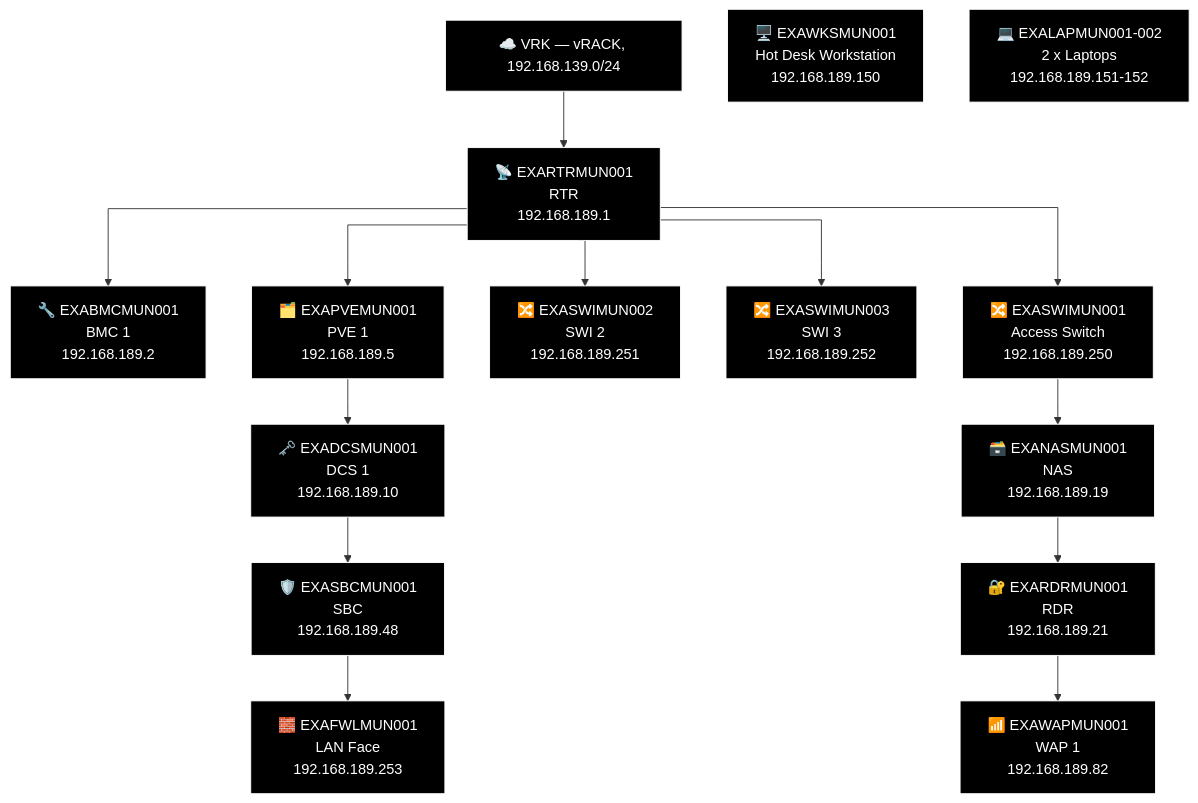
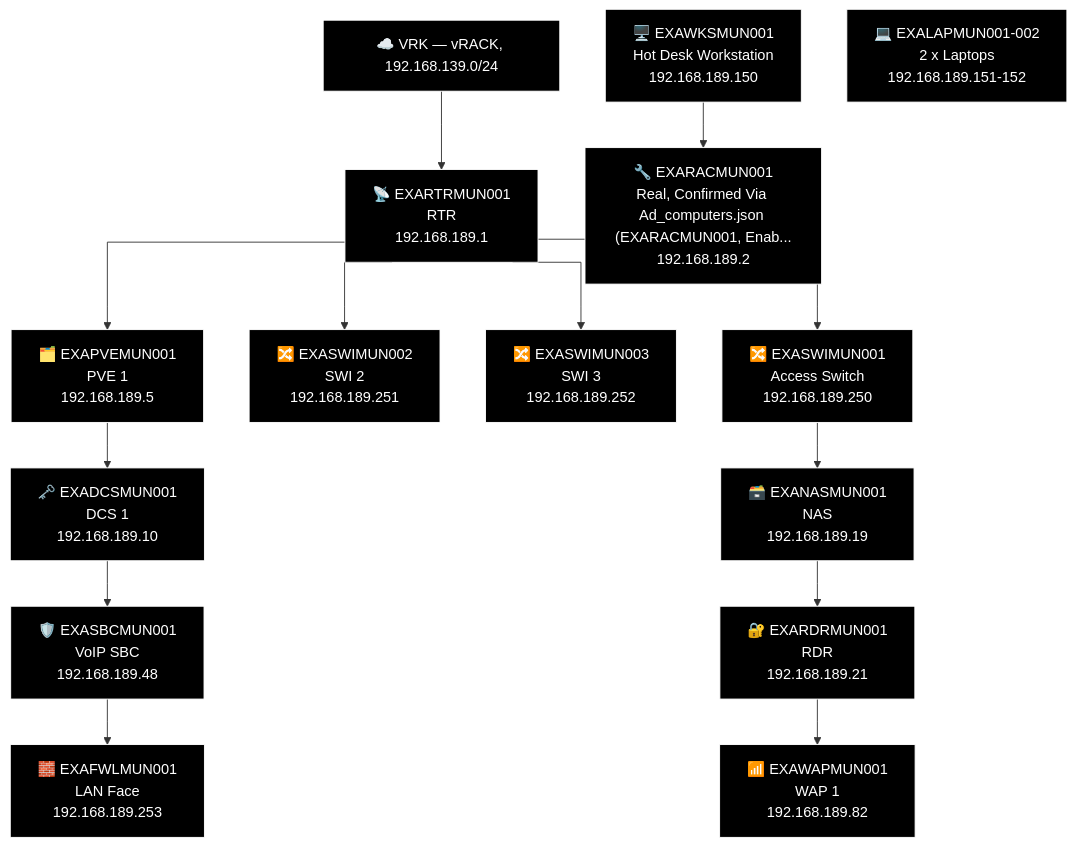
The ninth of 13 diagrams in docs/network-diagram/deutschland.md (knightmare2600/example_music_infra), drawn with Mermaid before and after one commit. The commit also changed other lines of this file and 36 other files, not shown here.

First line of the commit message:
devices.csv: add real WAP/SBC/RAC/NAS/ILO/FWL rows for the missing-row backlog

````diff
--- a/docs/network-diagram/deutschland.md
+++ b/docs/network-diagram/deutschland.md
@@ -352,44 +351,44 @@
 ```mermaid
 %% GENERATED:TOPOLOGY:MUN:START
 %%{init: {'flowchart': {'curve': 'stepAfter'}}}%%
 graph TD
     T_VRK["☁️ VRK — vRACK, 192.168.139.0/24"]
     T_RTR["📡 EXARTRMUN001<br/>RTR<br/>192.168.189.1"]
     T_VRK --> T_RTR
-    T_BMC["🔧 EXABMCMUN001<br/>BMC 1<br/>192.168.189.2"]
-    T_RTR --> T_BMC
     T_PVE["🗂️ EXAPVEMUN001<br/>PVE 1<br/>192.168.189.5"]
     T_RTR --> T_PVE
     T_SWI["🔀 EXASWIMUN002<br/>SWI 2<br/>192.168.189.251"]
     T_RTR --> T_SWI
     T_SWI2["🔀 EXASWIMUN003<br/>SWI 3<br/>192.168.189.252"]
     T_RTR --> T_SWI2
     T_SWI3["🔀 EXASWIMUN001<br/>Access Switch<br/>192.168.189.250"]
     T_RTR --> T_SWI3
     T_NAS["🗃️ EXANASMUN001<br/>NAS<br/>192.168.189.19"]
     T_RDR["🔐 EXARDRMUN001<br/>RDR<br/>192.168.189.21"]
     T_WAP["📶 EXAWAPMUN001<br/>WAP 1<br/>192.168.189.82"]
     T_SWI3 --> T_NAS --> T_RDR --> T_WAP
     T_DCS["🗝️ EXADCSMUN001<br/>DCS 1<br/>192.168.189.10"]
-    T_SBC["🛡️ EXASBCMUN001<br/>SBC<br/>192.168.189.48"]
+    T_SBC["🛡️ EXASBCMUN001<br/>VoIP SBC<br/>192.168.189.48"]
     T_FWL["🧱 EXAFWLMUN001<br/>LAN Face<br/>192.168.189.253"]
     T_PVE --> T_DCS --> T_SBC --> T_FWL
     T_WKS["🖥️ EXAWKSMUN001<br/>Hot Desk Workstation<br/>192.168.189.150"]
     T_OTH_LAP["💻 EXALAPMUN001-002<br/>2 x Laptops<br/>192.168.189.151-152"]
+    T_RAC["🔧 EXARACMUN001<br/>Real, Confirmed Via Ad_computers.json (EXARACMUN001, Enab...<br/>192.168.189.2"]
+    T_WKS --> T_RAC
     style T_VRK fill:#000000,stroke:#FFFFFF,color:#FFFFFF
     style T_RTR fill:#000000,stroke:#FFFFFF,color:#FFFFFF
-    style T_BMC fill:#000000,stroke:#FFFFFF,color:#FFFFFF
     style T_PVE fill:#000000,stroke:#FFFFFF,color:#FFFFFF
     style T_SWI fill:#000000,stroke:#FFFFFF,color:#FFFFFF
     style T_SWI2 fill:#000000,stroke:#FFFFFF,color:#FFFFFF
     style T_SWI3 fill:#000000,stroke:#FFFFFF,color:#FFFFFF
     style T_NAS fill:#000000,stroke:#FFFFFF,color:#FFFFFF
     style T_RDR fill:#000000,stroke:#FFFFFF,color:#FFFFFF
     style T_WAP fill:#000000,stroke:#FFFFFF,color:#FFFFFF
     style T_DCS fill:#000000,stroke:#FFFFFF,color:#FFFFFF
     style T_SBC fill:#000000,stroke:#FFFFFF,color:#FFFFFF
     style T_FWL fill:#000000,stroke:#FFFFFF,color:#FFFFFF
     style T_WKS fill:#000000,stroke:#FFFFFF,color:#FFFFFF
     style T_OTH_LAP fill:#000000,stroke:#FFFFFF,color:#FFFFFF
+    style T_RAC fill:#000000,stroke:#FFFFFF,color:#FFFFFF
 %% GENERATED:TOPOLOGY:MUN:END
 ```
````
